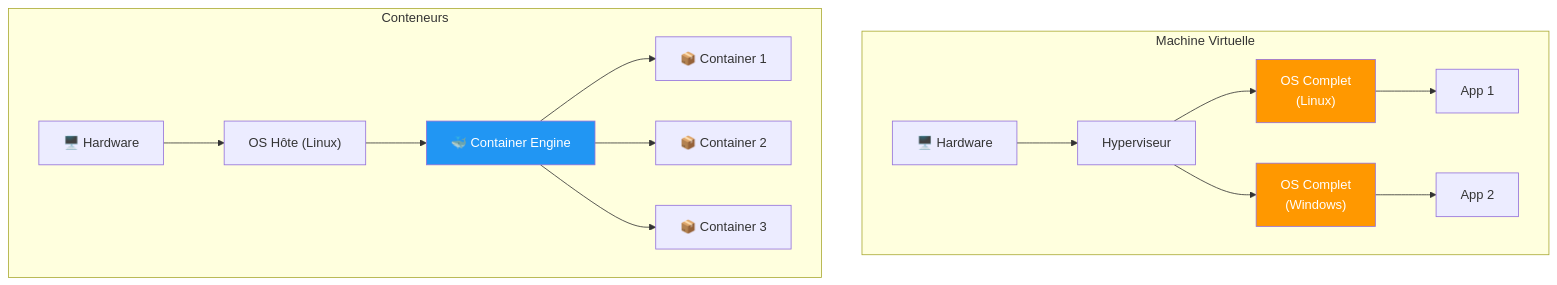
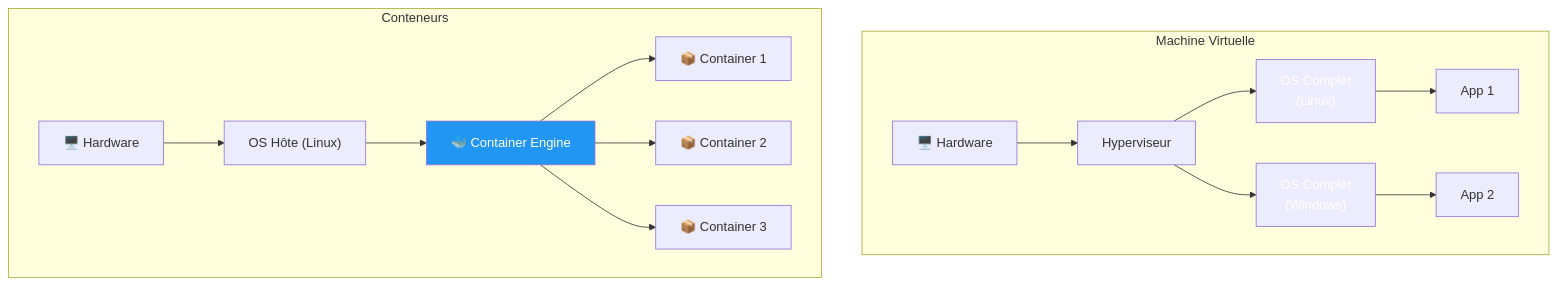
One commit to VBlackJack/ShellBook changed the third of 12 diagrams in docs/formations/cloud-fundamentals/08-module.md. Above: the diagram before and after it, drawn with Mermaid. The commit also changed other lines of this file and 337 other files, not shown here.

First line of the commit message:
refactor(docs): Standardize code blocks and Mermaid colors

````diff
--- a/docs/formations/cloud-fundamentals/08-module.md
+++ b/docs/formations/cloud-fundamentals/08-module.md
@@ -82,36 +82,36 @@
 ```mermaid
 graph TB
     subgraph "Machine Virtuelle"
         VM_HW["🖥️ Hardware"]
         VM_HV["Hyperviseur"]
         VM_OS1["OS Complet<br/>(Linux)"]
         VM_OS2["OS Complet<br/>(Windows)"]
         VM_APP1["App 1"]
         VM_APP2["App 2"]
 
         VM_HW --> VM_HV
         VM_HV --> VM_OS1
         VM_HV --> VM_OS2
         VM_OS1 --> VM_APP1
         VM_OS2 --> VM_APP2
     end
 
     subgraph "Conteneurs"
         C_HW["🖥️ Hardware"]
         C_OS["OS Hôte (Linux)"]
         C_ENGINE["🐳 Container Engine"]
         C_APP1["📦 Container 1"]
         C_APP2["📦 Container 2"]
         C_APP3["📦 Container 3"]
 
         C_HW --> C_OS
         C_OS --> C_ENGINE
         C_ENGINE --> C_APP1
         C_ENGINE --> C_APP2
         C_ENGINE --> C_APP3
     end
 
-    style VM_OS1 fill:#ff9800,color:#fff
-    style VM_OS2 fill:#ff9800,color:#fff
+    style VM_OS1 fill:#FF9800800800,color:#fff
+    style VM_OS2 fill:#FF9800800800,color:#fff
     style C_ENGINE fill:#2196f3,color:#fff
 ```
````
